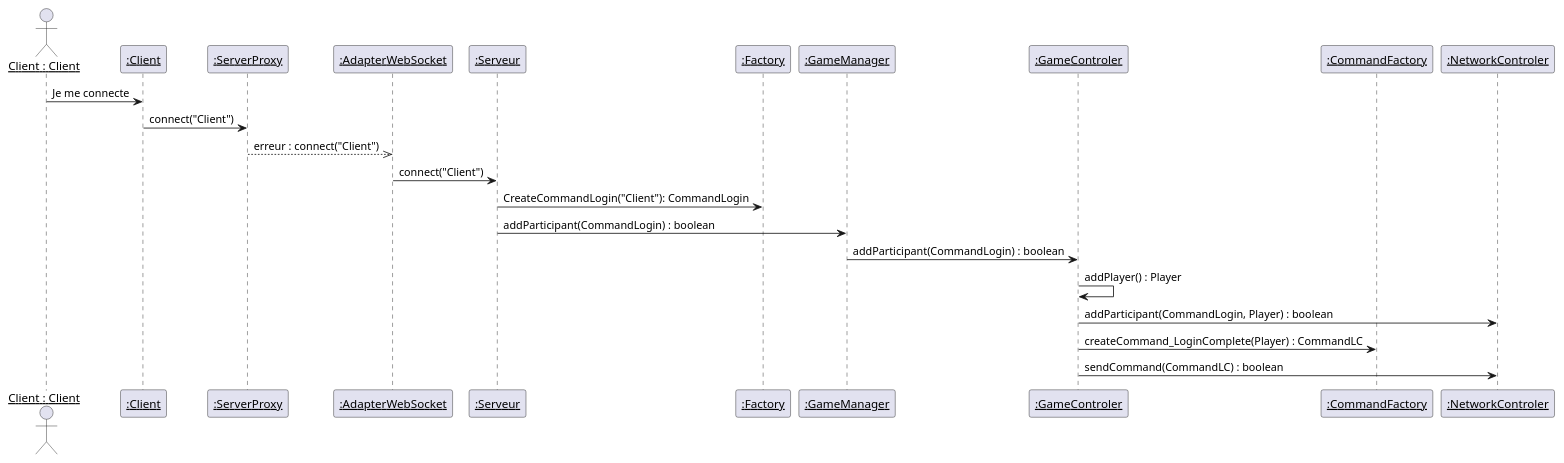
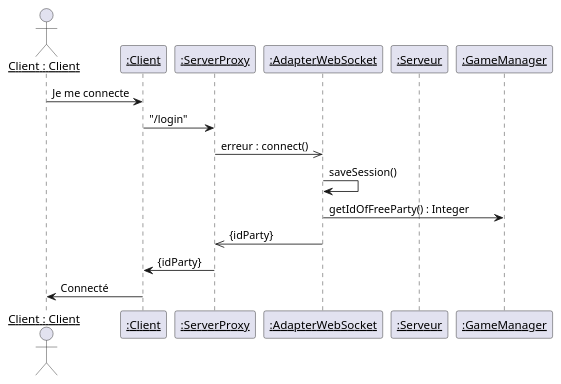
Before and after one commit to theray1/Les-Colons-De-Catane: the first of 2 diagrams in catan-doc/modules/composants/pages/sequenceDiagram.plantuml, drawn with PlantUML. The commit also changed 1 other file, not shown here.

```diff
--- a/catan-doc/modules/composants/pages/sequenceDiagram.plantuml
+++ b/catan-doc/modules/composants/pages/sequenceDiagram.plantuml
@@ -9,26 +9,19 @@
 @startuml
 
 actor "__Client : Client__" as client
 participant "__:Client__" as Client
 participant "__:ServerProxy__" as ServerProxy
 participant "__:AdapterWebSocket__" as AdapterWebSocket
 participant "__:Serveur__" as Serveur
-
-participant "__:Factory__" as Factory
 participant "__:GameManager__" as GameManager
-participant "__:GameControler__" as GameControler
-participant "__:CommandFactory__" as CommandFactory
-participant "__:NetworkControler__" as NetworkControler
 
 client -> Client : Je me connecte
-Client -> ServerProxy : connect("Client")
-ServerProxy -->> AdapterWebSocket : erreur : connect("Client")
-AdapterWebSocket -> Serveur : connect("Client")
-Serveur -> Factory : CreateCommandLogin("Client"): CommandLogin
-Serveur -> GameManager : addParticipant(CommandLogin) : boolean
-GameManager -> GameControler : addParticipant(CommandLogin) : boolean
-GameControler -> GameControler : addPlayer() : Player
-GameControler -> NetworkControler : addParticipant(CommandLogin, Player) : boolean
-GameControler -> CommandFactory : createCommand_LoginComplete(Player) : CommandLC
-GameControler -> NetworkControler : sendCommand(CommandLC) : boolean
+Client -> ServerProxy : "/login"
+ServerProxy ->> AdapterWebSocket : erreur : connect()
+AdapterWebSocket -> AdapterWebSocket : saveSession()
+AdapterWebSocket -> GameManager : getIdOfFreeParty() : Integer
+AdapterWebSocket ->> ServerProxy : {idParty}
+ServerProxy -> Client : {idParty}
+Client -> client : Connecté
+
 @enduml
```
